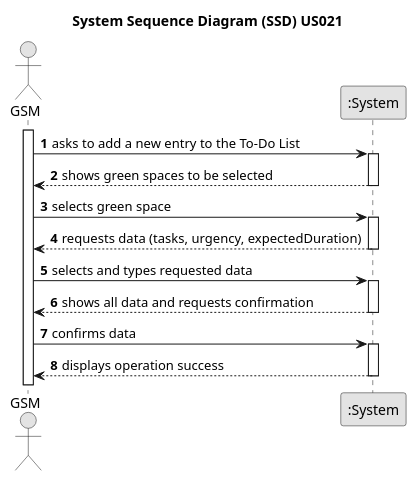
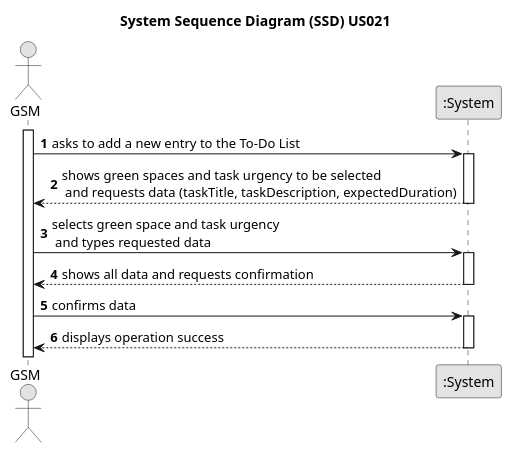
The diagram in docs/sprintC/US021/01.requirements-engineering/puml/us021-system-sequence-diagram.puml (LopemigueISEP/lei-24-s2-1nb-g312), drawn with PlantUML before and after one commit. The commit also changed 8 other files, not shown here.

```diff
--- a/docs/sprintC/US021/01.requirements-engineering/puml/us021-system-sequence-diagram.puml
+++ b/docs/sprintC/US021/01.requirements-engineering/puml/us021-system-sequence-diagram.puml
@@ -1,38 +1,32 @@
 @startuml
 skinparam monochrome true
 skinparam packageStyle rectangle
 skinparam shadowing false
 
 title System Sequence Diagram (SSD) US021
 
 autonumber
 
 actor "GSM" as Employee
 participant ":System" as System
 activate Employee
 
     Employee -> System : asks to add a new entry to the To-Do List
     activate System
 
-        System --> Employee : shows green spaces to be selected
+        System --> Employee : shows green spaces and task urgency to be selected\n and requests data (taskTitle, taskDescription, expectedDuration)
     deactivate System
 
-    Employee -> System : selects green space
-    activate System
-
-        System --> Employee : requests data (tasks, urgency, expectedDuration)
-    deactivate System
-
-    Employee -> System : selects and types requested data
+    Employee -> System : selects green space and task urgency\n and types requested data
     activate System
 
         System --> Employee : shows all data and requests confirmation
     deactivate System
 
     Employee -> System : confirms data
     activate System
 
         System --> Employee : displays operation success
     deactivate System
 
 @enduml
```
